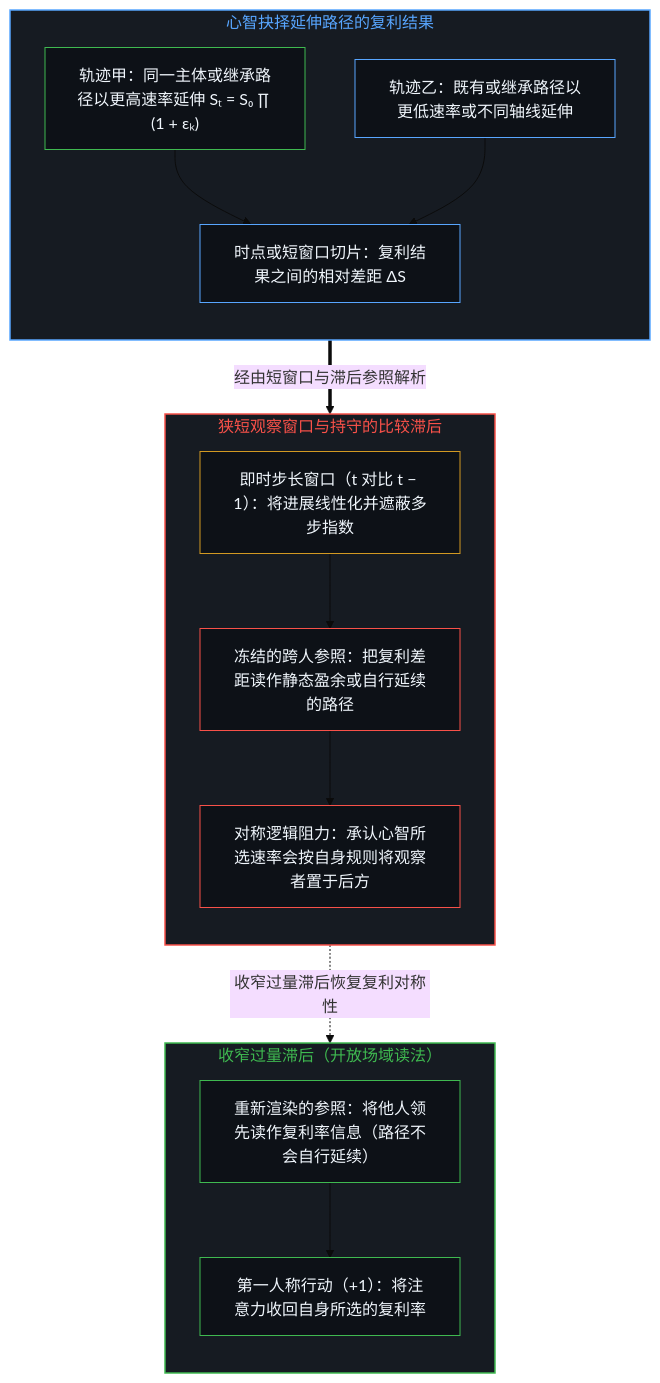
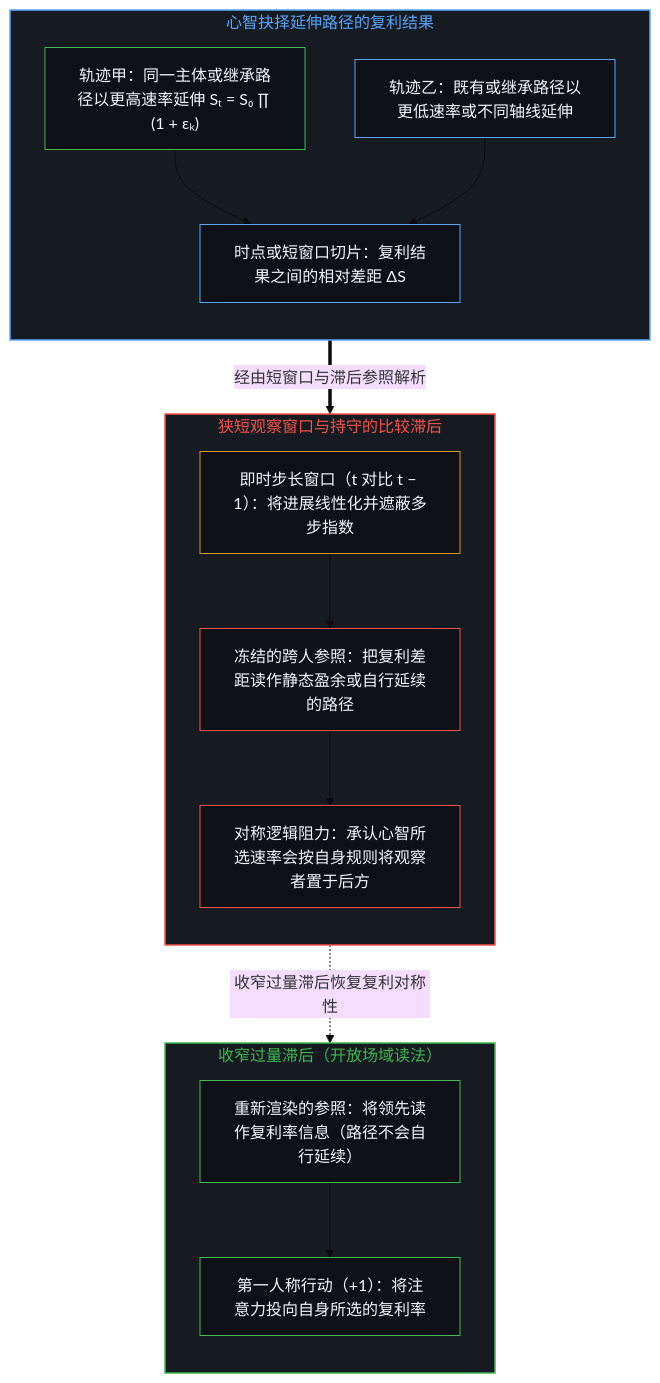
Before and after one commit to powerpig99/not-a-toe: the first of 4 diagrams in content/posts/relative-differentials-and-the-compounding-of-comparison.md, drawn with Mermaid (base theme). The commit also changed other lines of this file and 2 other files, not shown here.

````diff
--- a/content/posts/relative-differentials-and-the-compounding-of-comparison.md
+++ b/content/posts/relative-differentials-and-the-compounding-of-comparison.md
@@ -27,37 +27,37 @@
 ```mermaid
 flowchart TD
     subgraph S_Comp["心智抉择延伸路径的复利结果"]
         direction TB
         C1["轨迹甲：同一主体或继承路径以更高速率延伸 Sₜ = S₀ ∏ (1 + εₖ)"]
         C2["轨迹乙：既有或继承路径以更低速率或不同轴线延伸"]
         C3["时点或短窗口切片：复利结果之间的相对差距 ΔS"]
         C1 --> C3
         C2 --> C3
     end
     subgraph S_Lag["狭短观察窗口与持守的比较滞后"]
         direction TB
         L1["即时步长窗口（t 对比 t − 1）：将进展线性化并遮蔽多步指数"]
         L2["冻结的跨人参照：把复利差距读作静态盈余或自行延续的路径"]
         L3["对称逻辑阻力：承认心智所选速率会按自身规则将观察者置于后方"]
         L1 --> L2 --> L3
     end
     subgraph S_Open["收窄过量滞后（开放场域读法）"]
         direction TB
-        O1["重新渲染的参照：将他人领先读作复利率信息（路径不会自行延续）"]
-        O2["第一人称行动（+1）：将注意力收回自身所选的复利率"]
+        O1["重新渲染的参照：将领先读作复利率信息（路径不会自行延续）"]
+        O2["第一人称行动（+1）：将注意力投向自身所选的复利率"]
         O1 --> O2
     end
     C3 ==>|"经由短窗口与滞后参照解析"| L1
     L3 -.->|"收窄过量滞后恢复复利对称性"| O1
     style S_Comp fill:#161b22,stroke:#58a6ff,stroke-width:1.5px,color:#58a6ff
     style S_Lag fill:#161b22,stroke:#f85149,stroke-width:1.5px,color:#f85149
     style S_Open fill:#161b22,stroke:#3fb950,stroke-width:1.5px,color:#3fb950
     style C1 fill:#0d1117,stroke:#3fb950,stroke-width:1px,color:#f0f6fc
     style C2 fill:#0d1117,stroke:#58a6ff,stroke-width:1px,color:#f0f6fc
     style C3 fill:#0d1117,stroke:#58a6ff,stroke-width:1px,color:#f0f6fc
     style L1 fill:#0d1117,stroke:#d29922,stroke-width:1px,color:#f0f6fc
     style L2 fill:#0d1117,stroke:#f85149,stroke-width:1px,color:#f0f6fc
     style L3 fill:#0d1117,stroke:#f85149,stroke-width:1px,color:#f0f6fc
     style O1 fill:#0d1117,stroke:#3fb950,stroke-width:1px,color:#f0f6fc
     style O2 fill:#0d1117,stroke:#3fb950,stroke-width:1px,color:#f0f6fc
 ```
````
